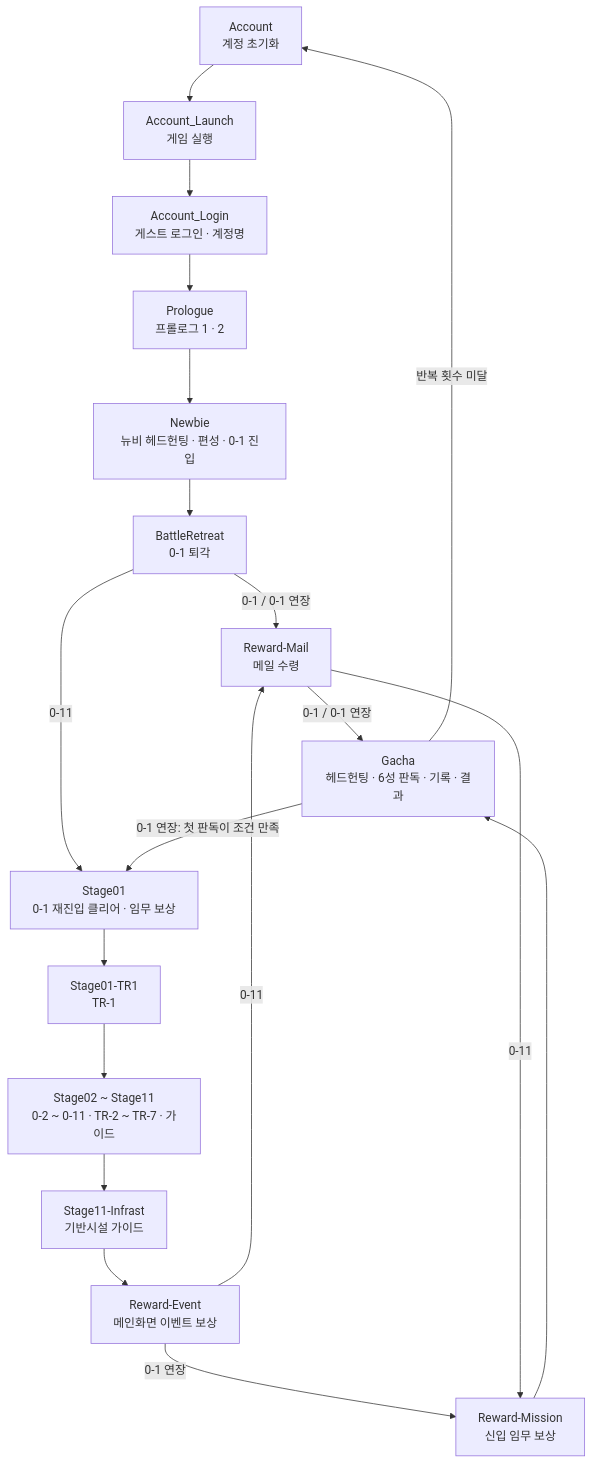
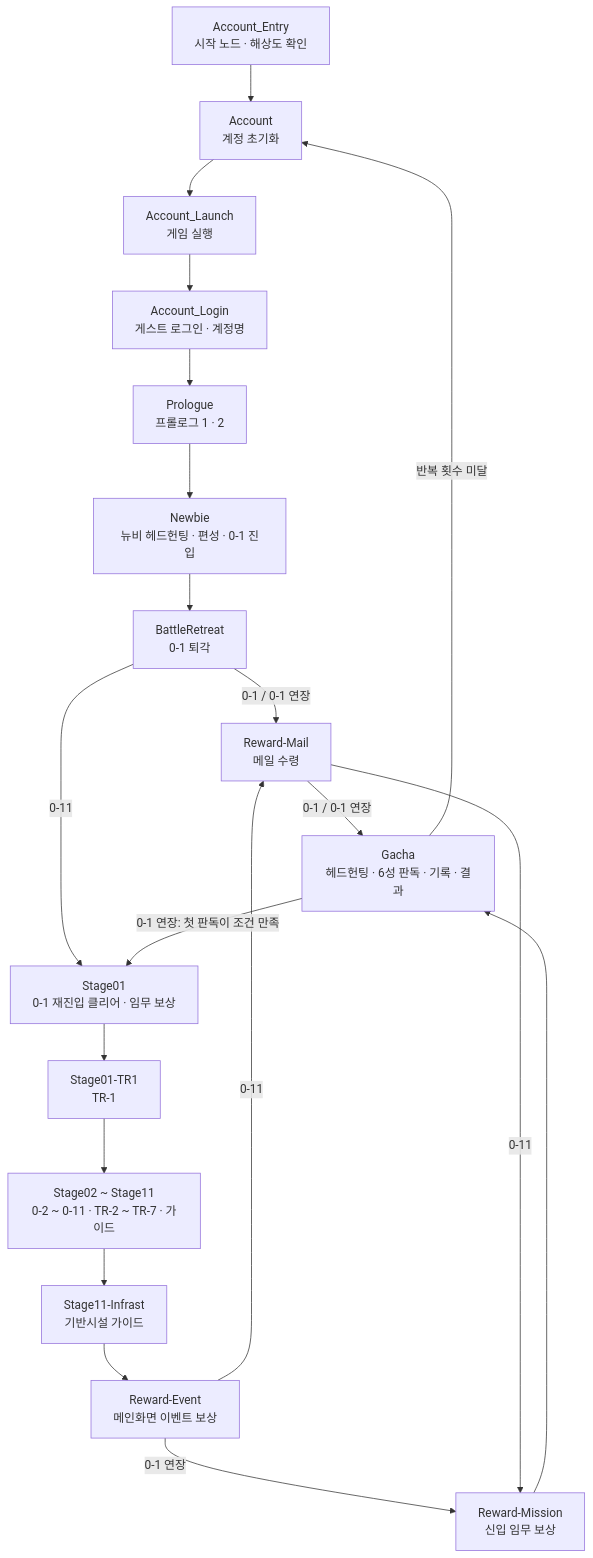
The first of 13 diagrams in docs/Flow.md (HX3N/MAARese), drawn with Mermaid before and after one commit. The commit also changed other lines of this file, not shown here.

Commit message:
docs: update Flow to match actual behavior

````diff
--- a/docs/Flow.md
+++ b/docs/Flow.md
@@ -17,21 +17,22 @@
 ```mermaid
 flowchart TD
+    E["Account_Entry<br>시작 노드 · 해상도 확인"] --> A
     A["Account<br>계정 초기화"] --> B["Account_Launch<br>게임 실행"]
     B --> B2["Account_Login<br>게스트 로그인 · 계정명"]
     B2 --> C["Prologue<br>프롤로그 1 · 2"]
     C --> D["Newbie<br>뉴비 헤드헌팅 · 편성 · 0-1 진입"]
     D --> P["BattleRetreat<br>0-1 퇴각"]
     P -->|0-1 / 0-1 연장| M["Reward-Mail<br>메일 수령"]
     P -->|0-11| H["Stage01<br>0-1 재진입 클리어 · 임무 보상"]
     H --> I["Stage01-TR1<br>TR-1"]
     I --> Q["Stage02 ~ Stage11<br>0-2 ~ 0-11 · TR-2 ~ TR-7 · 가이드"]
     Q --> S["Stage11-Infrast<br>기반시설 가이드"]
     S --> T["Reward-Event<br>메인화면 이벤트 보상"]
     T -->|0-11| M
     T -->|0-1 연장| J["Reward-Mission<br>신입 임무 보상"]
     M -->|0-1 / 0-1 연장| G["Gacha<br>헤드헌팅 · 6성 판독 · 기록 · 결과"]
     M -->|0-11| J
     J --> G
     G -->|0-1 연장: 첫 판독이 조건 만족| H
     G -->|반복 횟수 미달| A
 ```
````
